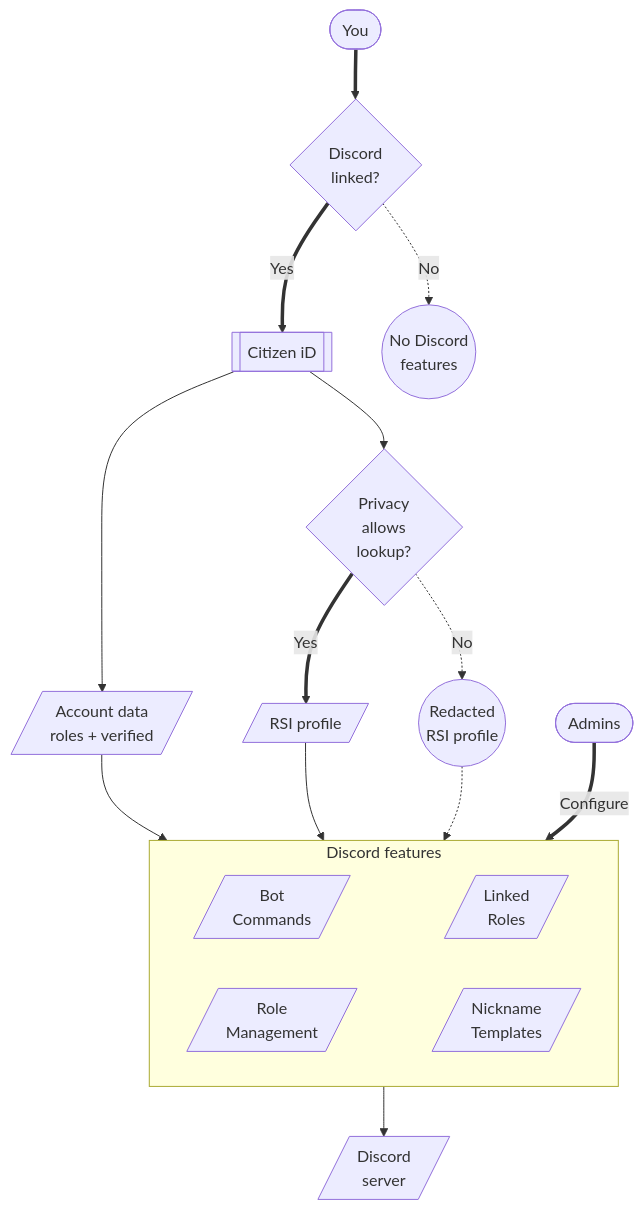
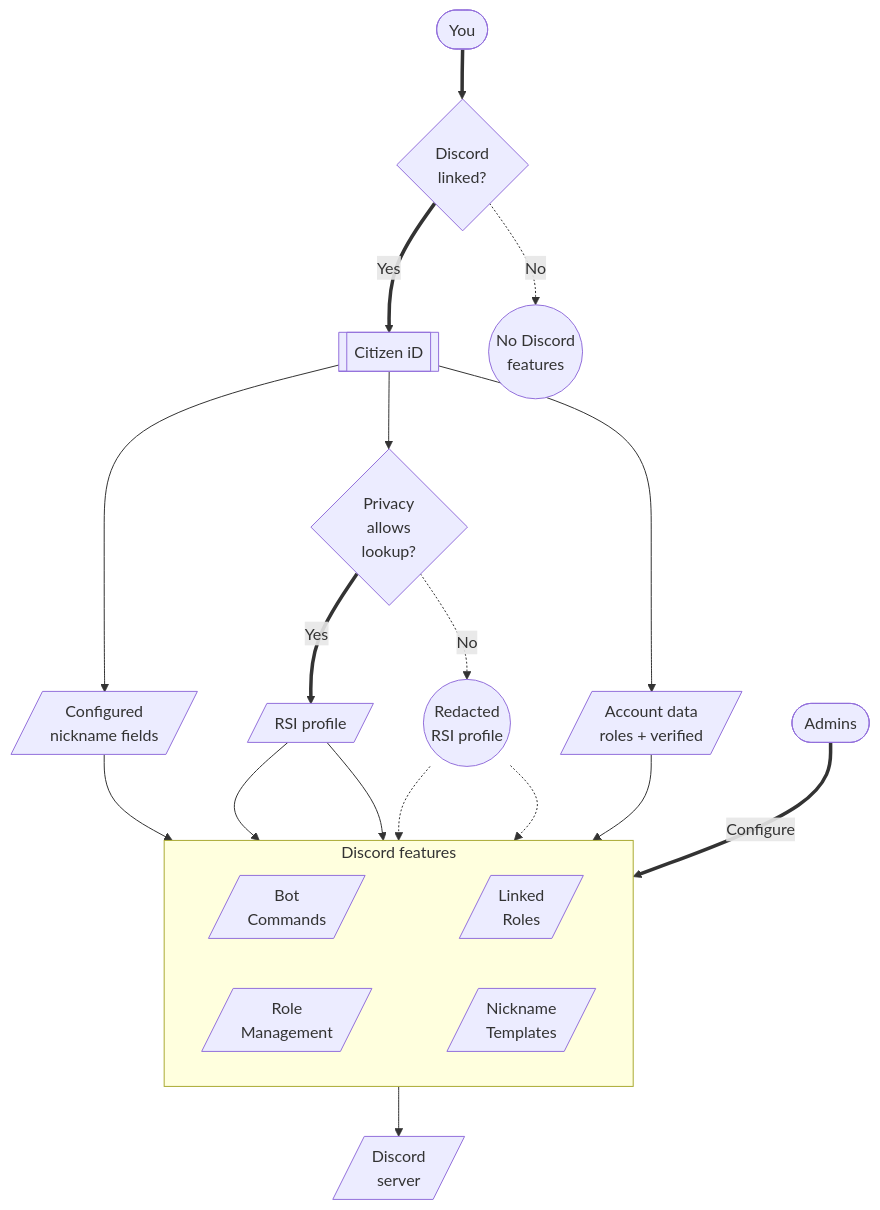
One commit to ArkanisCorporation/CitizenId-docs changed the diagram in docs/players/discord-integrations.md. Above: the diagram before and after it, drawn with Mermaid. The commit also changed other lines of this file and 3 other files, not shown here.

````diff
--- a/docs/players/discord-integrations.md
+++ b/docs/players/discord-integrations.md
@@ -28,52 +28,57 @@
 ```mermaid
 flowchart TD
   you(["You"])
   linkedDiscord{"Discord<br/>linked?"}
   cid[["Citizen iD"]]
   basicData[/Account data<br/>roles + verified/]
+  nicknameData[/Configured<br/>nickname fields/]
   lookupAllowed{"Privacy<br/>allows<br/>lookup?"}
   rsiData[/RSI profile/]
   redacted(("Redacted<br/>RSI profile"))
   noLink(("No Discord<br/>features"))
   admins(["Admins"])
   server[/"Discord<br/>server"/]
 
   subgraph features["Discord features"]
     direction LR
     botCommands[/"Bot<br>Commands"/]
     linkedRoles[/"Linked<br>Roles"/]
     roles[/"Role<br>Management"/]
     nicknameTemplates[/"Nickname<br>Templates"/]
   end
 
   you ==> linkedDiscord
   linkedDiscord -. "No" .-> noLink
   linkedDiscord ==>|Yes| cid
   cid --> basicData
+  cid --> nicknameData
   cid --> lookupAllowed
   lookupAllowed ==>|Yes| rsiData
   lookupAllowed -. "No" .-> redacted
 
   basicData --> features
-  rsiData --> features
-  redacted -.-> features
+  nicknameData --> nicknameTemplates
+  rsiData --> botCommands
+  rsiData --> linkedRoles
+  redacted -.-> botCommands
+  redacted -.-> linkedRoles
   features --> server
   admins ==>|Configure| features
 
   botCommands ~~~ linkedRoles
   roles ~~~ nicknameTemplates
 
   class you,members,admins actor;
   class server,linkedRoles,roles,nicknameTemplates,botCommands context;
   class cid service;
-  class basicData,rsiData data;
+  class basicData,nicknameData,rsiData data;
   class linkedDiscord,lookupAllowed decision;
   class noLink,redacted blocked;
 
   click admins "/community-admins/" "Open Community Admin Guide" _self
   click server "/community-admins/discord-bot" "Open Discord Bot" _self
   click linkedRoles "#linked-roles" "Open Linked Roles" _self
   click roles "#role-management" "Open Role Management" _self
   click nicknameTemplates "#nickname-management" "Open Nickname Management" _self
   click botCommands "/players/discord-integrations#player-commands" "Open Player Commands" _self
 ```
````
